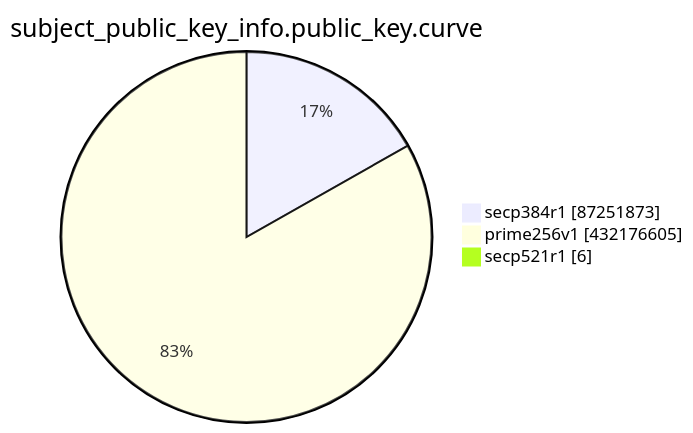
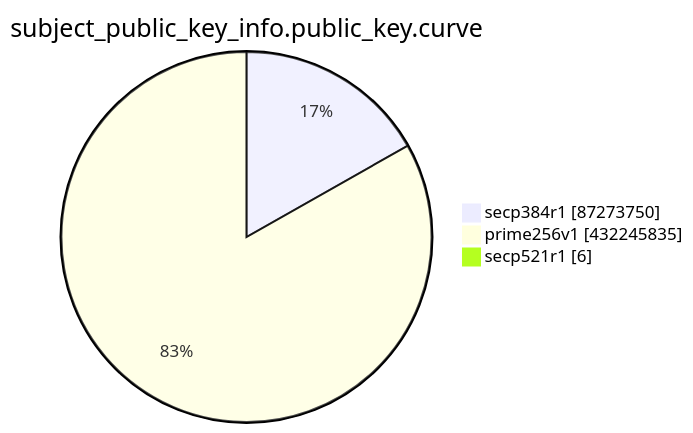
Before and after one commit to christiankrug/ctmonitor_visualization: the eighth of 15 diagrams in TOTAL/README.md, drawn with Mermaid. The commit also changed other lines of this file, not shown here.

````diff
--- a/TOTAL/README.md
+++ b/TOTAL/README.md
@@ -3100,7 +3100,7 @@
 ```mermaid
 pie showData
 title subject_public_key_info.public_key.curve
-"secp384r1" :87251873
-"prime256v1" :432176605
+"secp384r1" :87273750
+"prime256v1" :432245835
 "secp521r1" :6
 ```
````
